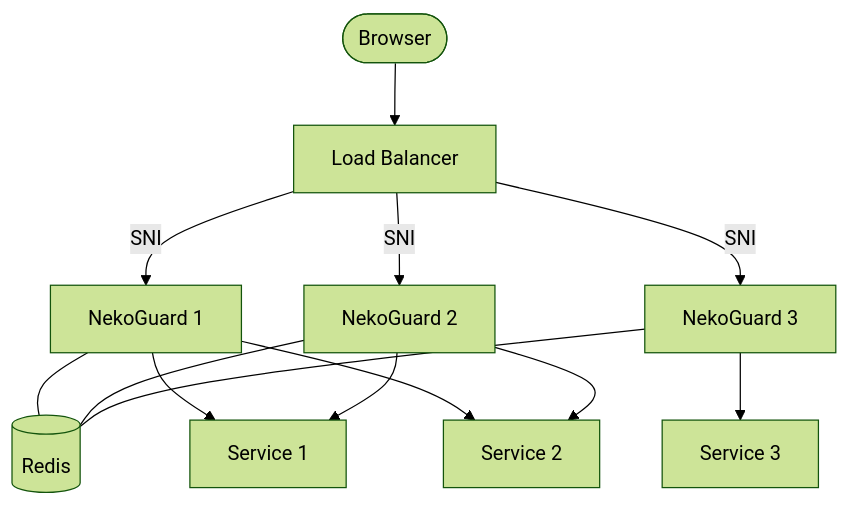
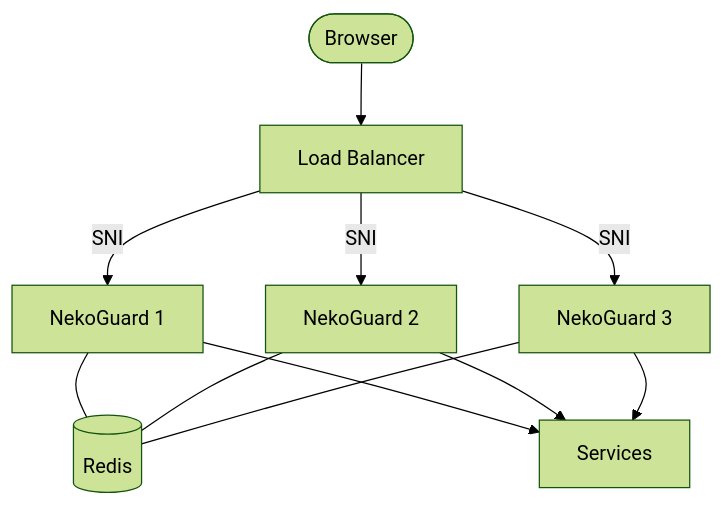
The first of 2 diagrams in README.md (rawnullbyte/NekoGuard), drawn with Mermaid (forest theme) before and after one commit. The commit also changed other lines of this file and 2 other files, not shown here.

````diff
--- a/README.md
+++ b/README.md
@@ -26,15 +26,13 @@
 ```mermaid
 flowchart TB
     Browser([Browser]) --> LB[Load Balancer]
     LB -->|SNI| NG[NekoGuard 1]
     LB -->|SNI| NG2[NekoGuard 2]
     LB -->|SNI| NG3[NekoGuard 3]
     NG --- Redis[(Redis)]
     NG2 --- Redis
     NG3 --- Redis
-    NG --> S1[Service 1]
-    NG --> S2[Service 2]
-    NG2 --> S1
-    NG2 --> S2
-    NG3 --> S3[Service 3]
+    NG --> Services
+    NG2 --> Services
+    NG3 --> Services
 ```
````
